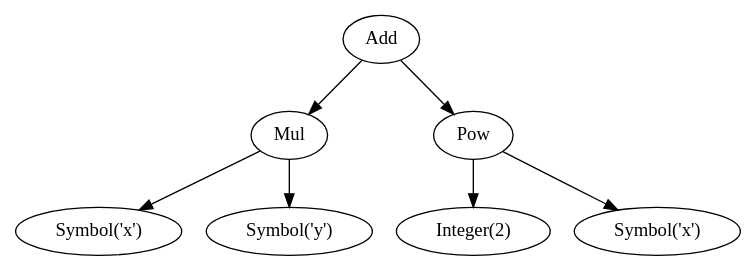
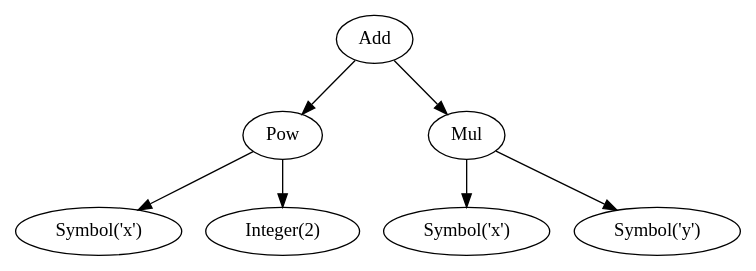
One commit to diofant/diofant changed the first of 4 diagrams in docs/tutorial/manipulation.rst. Above: the diagram before and after it, drawn with Graphviz. The commit also changed other lines of this file and 2 other files, not shown here.

```diff
--- a/docs/tutorial/manipulation.rst
+++ b/docs/tutorial/manipulation.rst
@@ -30,30 +30,31 @@
 .. graphviz::
 
     digraph{
 
     # Graph style
+    "ordering"="out"
     "rankdir"="TD"
 
     #########
     # Nodes #
     #########
 
-    "Symbol(x)_(0, 0)" ["color"="black", "label"="Symbol('x')", "shape"="ellipse"];
-    "Integer(2)_(1, 1)" ["color"="black", "label"="Integer(2)", "shape"="ellipse"];
-    "Symbol(y)_(0, 1)" ["color"="black", "label"="Symbol('y')", "shape"="ellipse"];
-    "Symbol(x)_(1, 0)" ["color"="black", "label"="Symbol('x')", "shape"="ellipse"];
-    "Mul(Symbol(x), Symbol(y))_(0,)" ["color"="black", "label"="Mul", "shape"="ellipse"];
-    "Pow(Symbol(x), Integer(2))_(1,)" ["color"="black", "label"="Pow", "shape"="ellipse"];
-    "Add(Mul(Symbol(x), Symbol(y)), Pow(Symbol(x), Integer(2)))_()" ["color"="black", "label"="Add", "shape"="ellipse"];
+    "Add(Pow(Symbol('x'), Integer(2)), Mul(Symbol('x'), Symbol('y')))_()" ["color"="black", "label"="Add", "shape"="ellipse"];
+    "Pow(Symbol('x'), Integer(2))_(0,)" ["color"="black", "label"="Pow", "shape"="ellipse"];
+    "Symbol('x')_(0, 0)" ["color"="black", "label"="Symbol('x')", "shape"="ellipse"];
+    "Integer(2)_(0, 1)" ["color"="black", "label"="Integer(2)", "shape"="ellipse"];
+    "Mul(Symbol('x'), Symbol('y'))_(1,)" ["color"="black", "label"="Mul", "shape"="ellipse"];
+    "Symbol('x')_(1, 0)" ["color"="black", "label"="Symbol('x')", "shape"="ellipse"];
+    "Symbol('y')_(1, 1)" ["color"="black", "label"="Symbol('y')", "shape"="ellipse"];
 
     #########
     # Edges #
     #########
 
-    "Mul(Symbol(x), Symbol(y))_(0,)" -> "Symbol(x)_(0, 0)";
-    "Mul(Symbol(x), Symbol(y))_(0,)" -> "Symbol(y)_(0, 1)";
-    "Pow(Symbol(x), Integer(2))_(1,)" -> "Symbol(x)_(1, 0)";
-    "Pow(Symbol(x), Integer(2))_(1,)" -> "Integer(2)_(1, 1)";
-    "Add(Mul(Symbol(x), Symbol(y)), Pow(Symbol(x), Integer(2)))_()" -> "Mul(Symbol(x), Symbol(y))_(0,)";
-    "Add(Mul(Symbol(x), Symbol(y)), Pow(Symbol(x), Integer(2)))_()" -> "Pow(Symbol(x), Integer(2))_(1,)";
+    "Add(Pow(Symbol('x'), Integer(2)), Mul(Symbol('x'), Symbol('y')))_()" -> "Pow(Symbol('x'), Integer(2))_(0,)";
+    "Add(Pow(Symbol('x'), Integer(2)), Mul(Symbol('x'), Symbol('y')))_()" -> "Mul(Symbol('x'), Symbol('y'))_(1,)";
+    "Pow(Symbol('x'), Integer(2))_(0,)" -> "Symbol('x')_(0, 0)";
+    "Pow(Symbol('x'), Integer(2))_(0,)" -> "Integer(2)_(0, 1)";
+    "Mul(Symbol('x'), Symbol('y'))_(1,)" -> "Symbol('x')_(1, 0)";
+    "Mul(Symbol('x'), Symbol('y'))_(1,)" -> "Symbol('y')_(1, 1)";
     }
```
